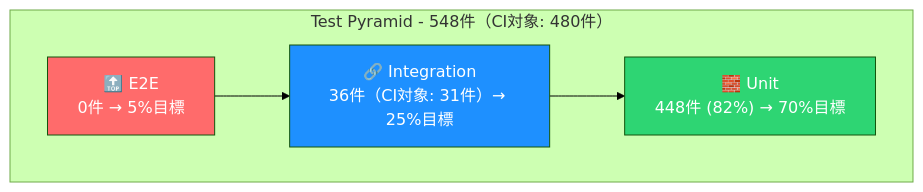
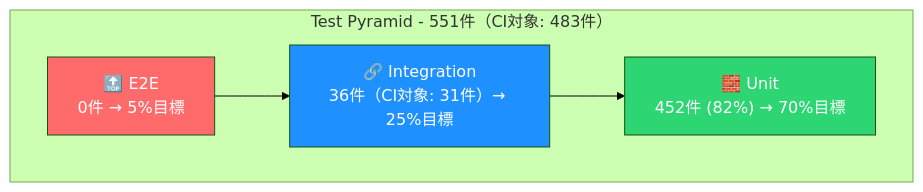
Before and after one commit to yaoki-dev/api-test-devops-portfolio: the second of 3 diagrams in README.md, drawn with Mermaid (forest theme). The commit also changed other lines of this file and 4 other files, not shown here.

````diff
--- a/README.md
+++ b/README.md
@@ -292,13 +292,13 @@
 ```mermaid
 graph TB
-    subgraph "Test Pyramid - 548件（CI対象: 480件）"
+    subgraph "Test Pyramid - 551件（CI対象: 483件）"
         E2E["🔝 E2E<br/>0件 → 5%目標"]
         Integration["🔗 Integration<br/>36件（CI対象: 31件）→ 25%目標"]
-        Unit["🧱 Unit<br/>448件 (82%) → 70%目標"]
+        Unit["🧱 Unit<br/>452件 (82%) → 70%目標"]
     end
     E2E --> Integration --> Unit
 
     style E2E fill:#ff6b6b,color:#fff
     style Integration fill:#1e90ff,color:#fff
     style Unit fill:#2ed573,color:#fff
 ```
````
